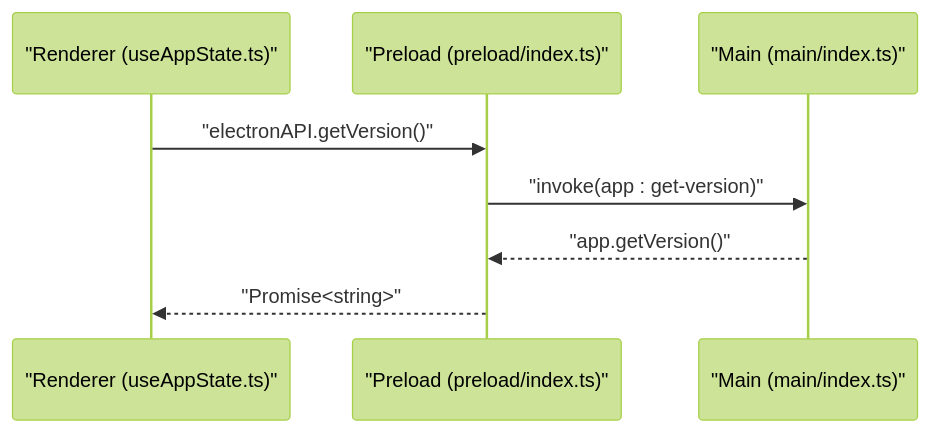
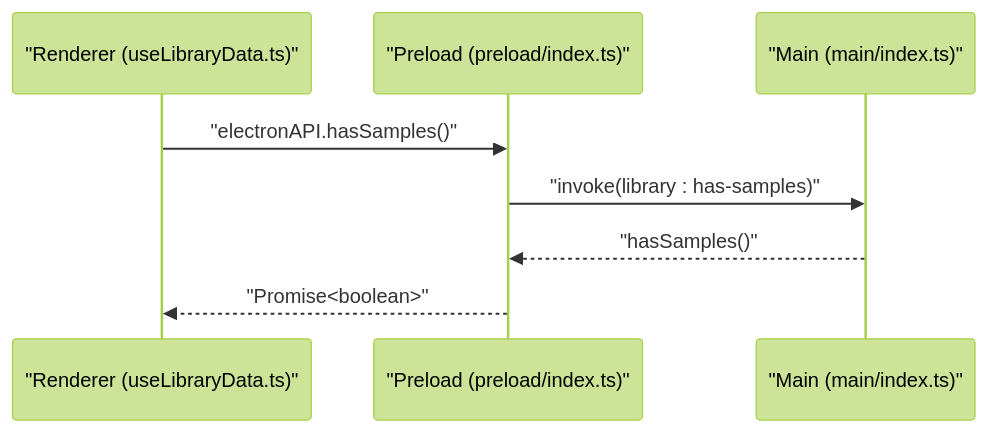
The second of 8 diagrams in .qoder/repowiki/en/content/IPC Communication.md (satyrlord/mixjam-electron), drawn with Mermaid (forest theme) before and after one commit. The commit also changed other lines of this file and 7 other files, not shown here.

First line of the commit message:
feat(data-management): centralize audio extensions and add hasSamples function

````diff
--- a/.qoder/repowiki/en/content/IPC Communication.md
+++ b/.qoder/repowiki/en/content/IPC Communication.md
@@ -94,10 +111,10 @@
 ```mermaid
 sequenceDiagram
-participant R as "Renderer (useAppState.ts)"
+participant R as "Renderer (useLibraryData.ts)"
 participant P as "Preload (preload/index.ts)"
 participant M as "Main (main/index.ts)"
-R->>P : "electronAPI.getVersion()"
-P->>M : "invoke(app : get-version)"
-M-->>P : "app.getVersion()"
-P-->>R : "Promise<string>"
+R->>P : "electronAPI.hasSamples()"
+P->>M : "invoke(library : has-samples)"
+M-->>P : "hasSamples()"
+P-->>R : "Promise<boolean>"
 ```
````
